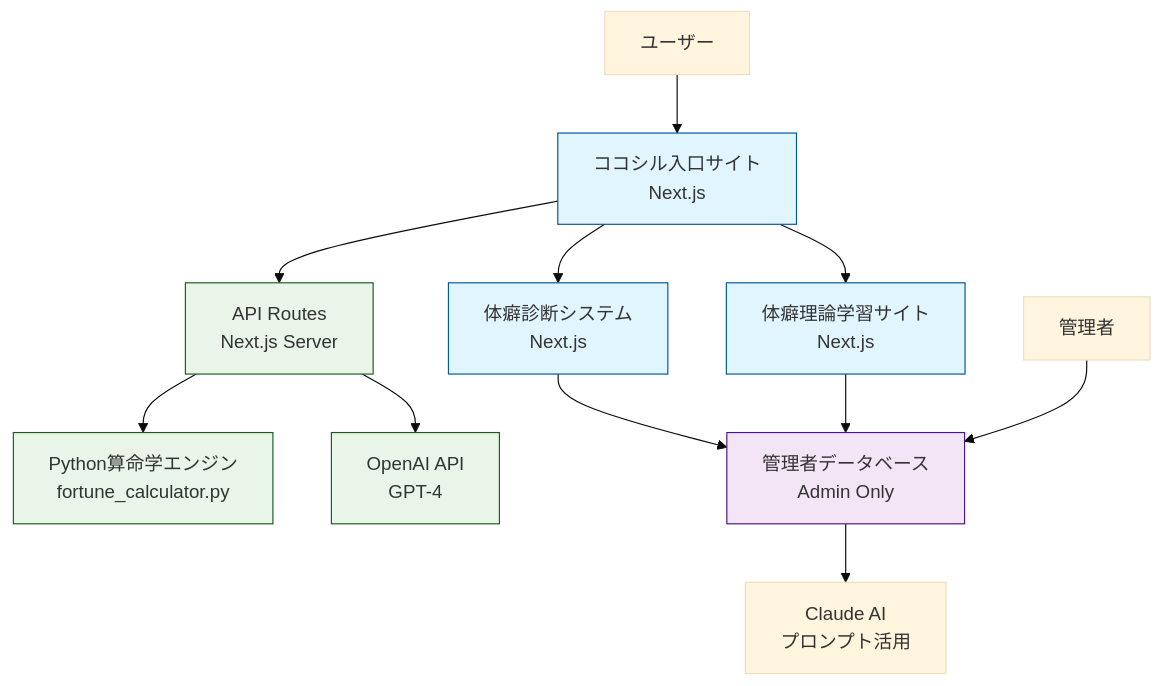
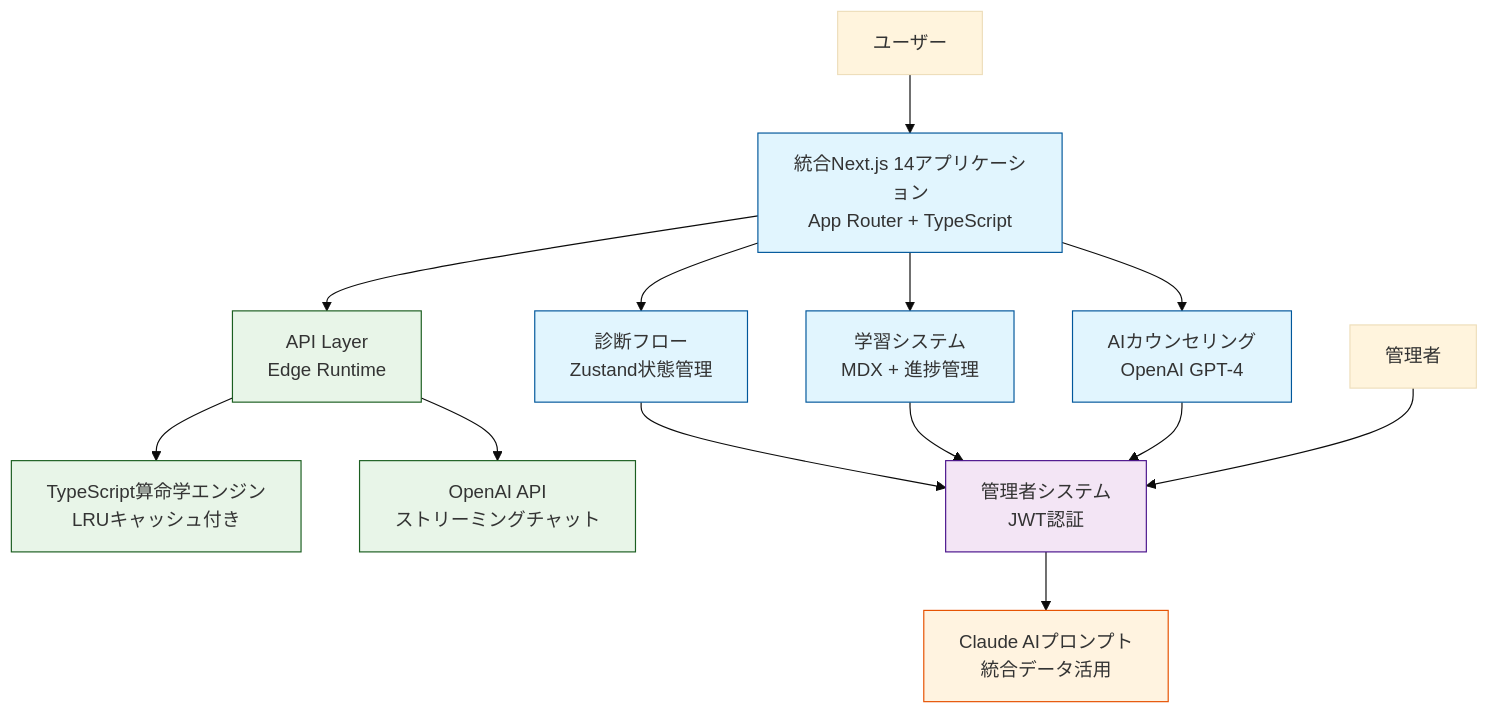
The second of 2 diagrams in README.md (MasakiEndo44/COCOSiL_Analysis), drawn with Mermaid (base theme) before and after one commit. The commit also changed other lines of this file and 37 other files, not shown here.

````diff
--- a/README.md
+++ b/README.md
@@ -109,24 +257,29 @@
 ```mermaid
 graph TB
-    A[ユーザー] --> B[ココシル入口サイト<br/>Next.js]
-    B --> C[体癖診断システム<br/>Next.js]
-    B --> D[体癖理論学習サイト<br/>Next.js]
-    
-    B --> E[API Routes<br/>Next.js Server]
-    E --> F[Python算命学エンジン<br/>fortune_calculator.py]
-    E --> G[OpenAI API<br/>GPT-4]
-    
-    C --> H[管理者データベース<br/>Admin Only]
-    D --> H
-    
-    I[管理者] --> H
-    H --> J[Claude AI<br/>プロンプト活用]
-    
-    classDef userSite fill:#e1f5fe,stroke:#01579b
-    classDef adminSite fill:#f3e5f5,stroke:#4a148c  
+    A[ユーザー] --> B[統合Next.js 14アプリケーション<br/>App Router + TypeScript]
+
+    B --> C[診断フロー<br/>Zustand状態管理]
+    B --> D[学習システム<br/>MDX + 進捗管理]
+    B --> E[AIカウンセリング<br/>OpenAI GPT-4]
+
+    B --> F[API Layer<br/>Edge Runtime]
+    F --> G[TypeScript算命学エンジン<br/>LRUキャッシュ付き]
+    F --> H[OpenAI API<br/>ストリーミングチャット]
+
+    C --> I[管理者システム<br/>JWT認証]
+    D --> I
+    E --> I
+
+    J[管理者] --> I
+    I --> K[Claude AIプロンプト<br/>統合データ活用]
+
+    classDef userApp fill:#e1f5fe,stroke:#01579b
+    classDef adminApp fill:#f3e5f5,stroke:#4a148c
     classDef api fill:#e8f5e8,stroke:#1b5e20
-    
-    class B,C,D userSite
-    class H adminSite
-    class E,F,G api
+    classDef ai fill:#fff3e0,stroke:#e65100
+
+    class B,C,D,E userApp
+    class I adminApp
+    class F,G,H api
+    class K ai
 ```
````
